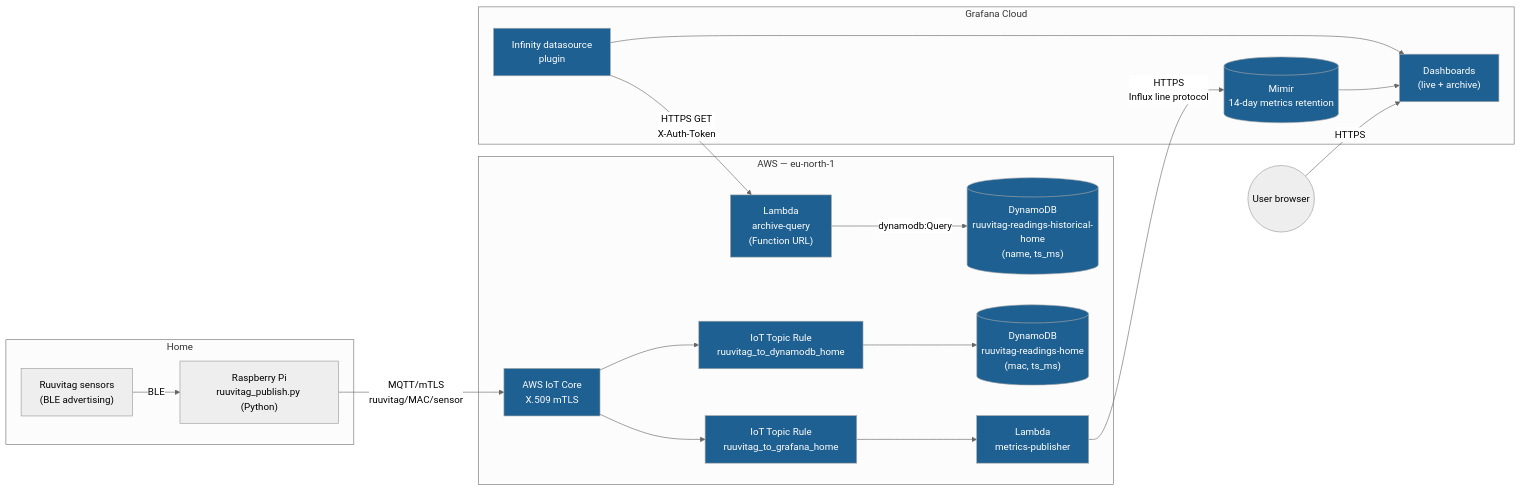
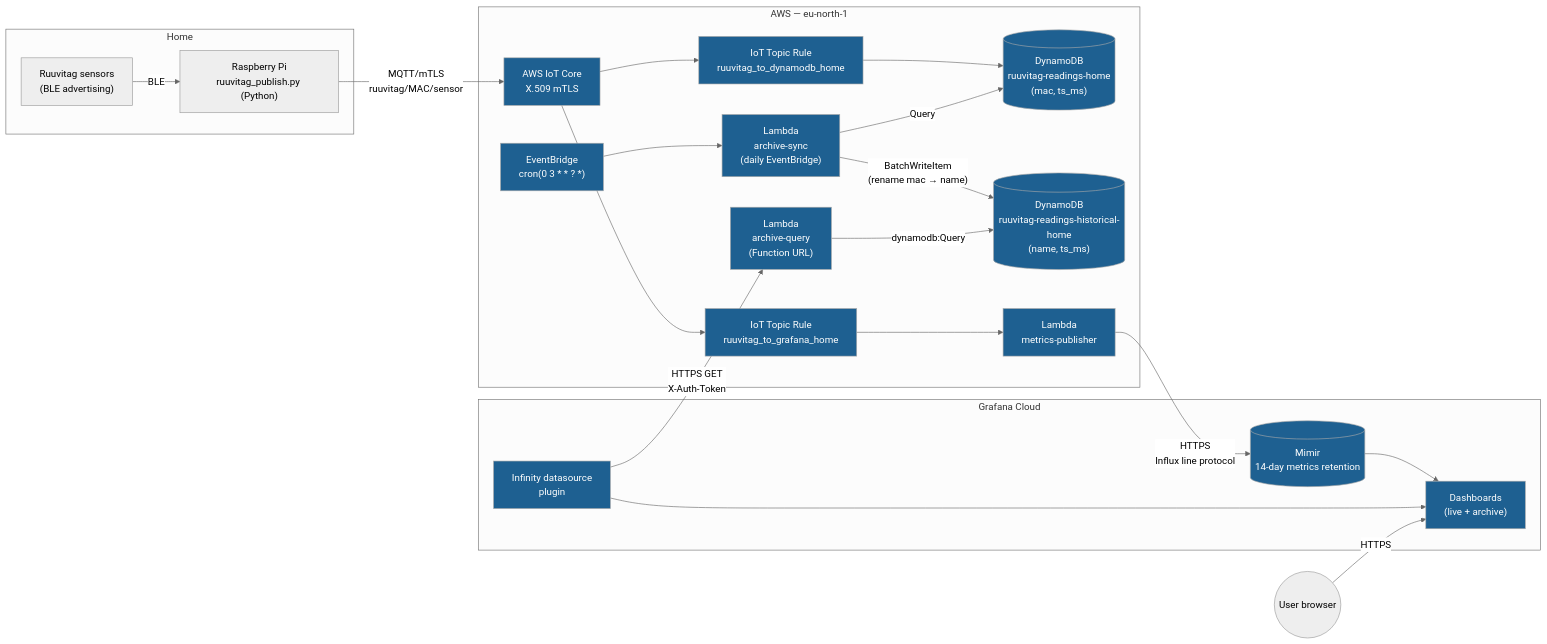
The second of 3 diagrams in architecture.md (pihlajus/ruuvitag-serverless), drawn with Mermaid (neutral theme) before and after one commit. The commit also changed other lines of this file and 6 other files, not shown here.

First line of the commit message:
Sync live readings into the archive table daily

````diff
--- a/architecture.md
+++ b/architecture.md
@@ -55,45 +55,50 @@
 ```mermaid
 flowchart LR
     subgraph home["Home"]
         sensors["Ruuvitag sensors<br/>(BLE advertising)"]
         pi["Raspberry Pi<br/>ruuvitag_publish.py (Python)"]
         sensors -- BLE --> pi
     end
 
     subgraph aws["AWS — eu-north-1"]
         iot["AWS IoT Core<br/>X.509 mTLS"]
 
         rule1["IoT Topic Rule<br/>ruuvitag_to_dynamodb_home"]
         rule2["IoT Topic Rule<br/>ruuvitag_to_grafana_home"]
 
         live[("DynamoDB<br/>ruuvitag-readings-home<br/>(mac, ts_ms)")]
         archive[("DynamoDB<br/>ruuvitag-readings-historical-home<br/>(name, ts_ms)")]
 
         metrics_lambda["Lambda<br/>metrics-publisher"]
         archive_lambda["Lambda<br/>archive-query<br/>(Function URL)"]
+        sync_lambda["Lambda<br/>archive-sync<br/>(daily EventBridge)"]
+        eb["EventBridge<br/>cron(0 3 * * ? *)"]
 
         iot --> rule1
         iot --> rule2
         rule1 --> live
         rule2 --> metrics_lambda
+        eb --> sync_lambda
+        sync_lambda -- "Query" --> live
+        sync_lambda -- "BatchWriteItem<br/>(rename mac → name)" --> archive
         archive_lambda -- "dynamodb:Query" --> archive
     end
 
     subgraph grafana_cloud["Grafana Cloud"]
         mimir[("Mimir<br/>14-day metrics retention")]
         dashboards["Dashboards<br/>(live + archive)"]
         infinity["Infinity datasource<br/>plugin"]
 
         mimir --> dashboards
         infinity --> dashboards
     end
 
     pi -- "MQTT/mTLS<br/>ruuvitag/MAC/sensor" --> iot
     metrics_lambda -- "HTTPS<br/>Influx line protocol" --> mimir
     infinity -- "HTTPS GET<br/>X-Auth-Token" --> archive_lambda
 
     user(("User browser")) -- "HTTPS" --> dashboards
 
     classDef managed fill:#1e6091,color:#fff,stroke:#aaa;
-    class iot,rule1,rule2,live,archive,metrics_lambda,archive_lambda,mimir,dashboards,infinity managed;
+    class iot,rule1,rule2,live,archive,metrics_lambda,archive_lambda,sync_lambda,eb,mimir,dashboards,infinity managed;
 ```
````
